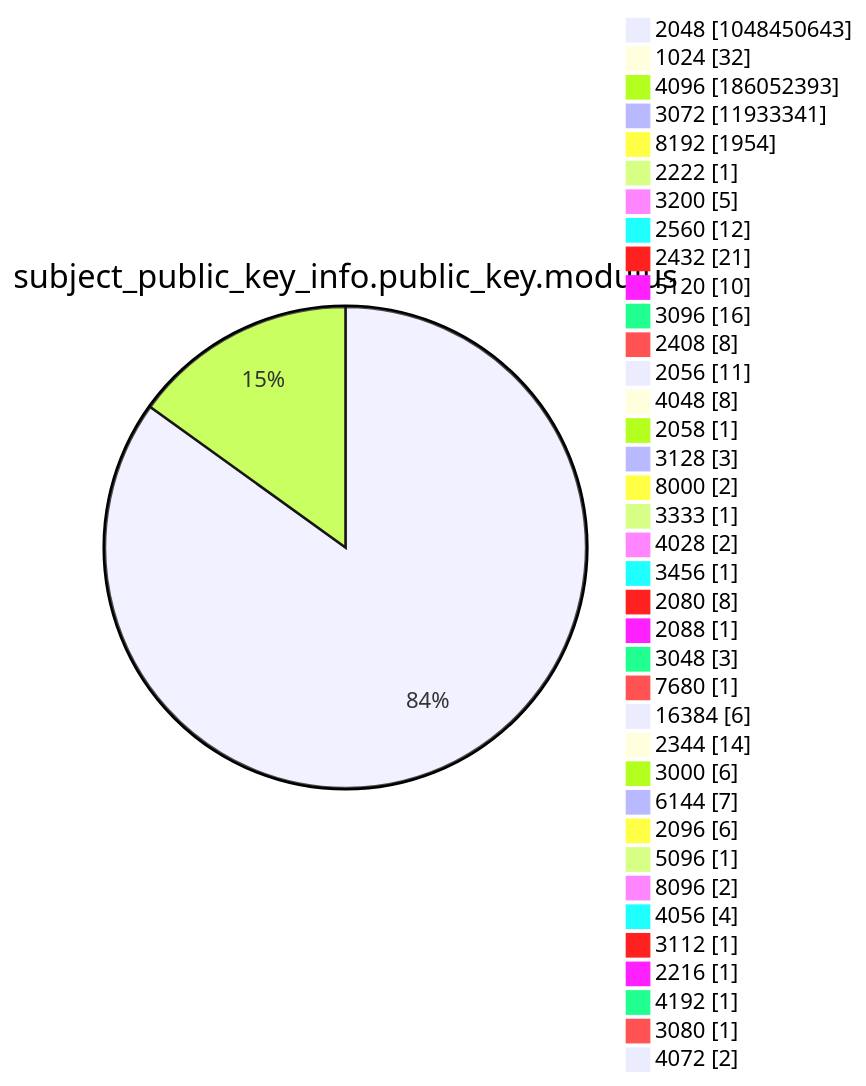
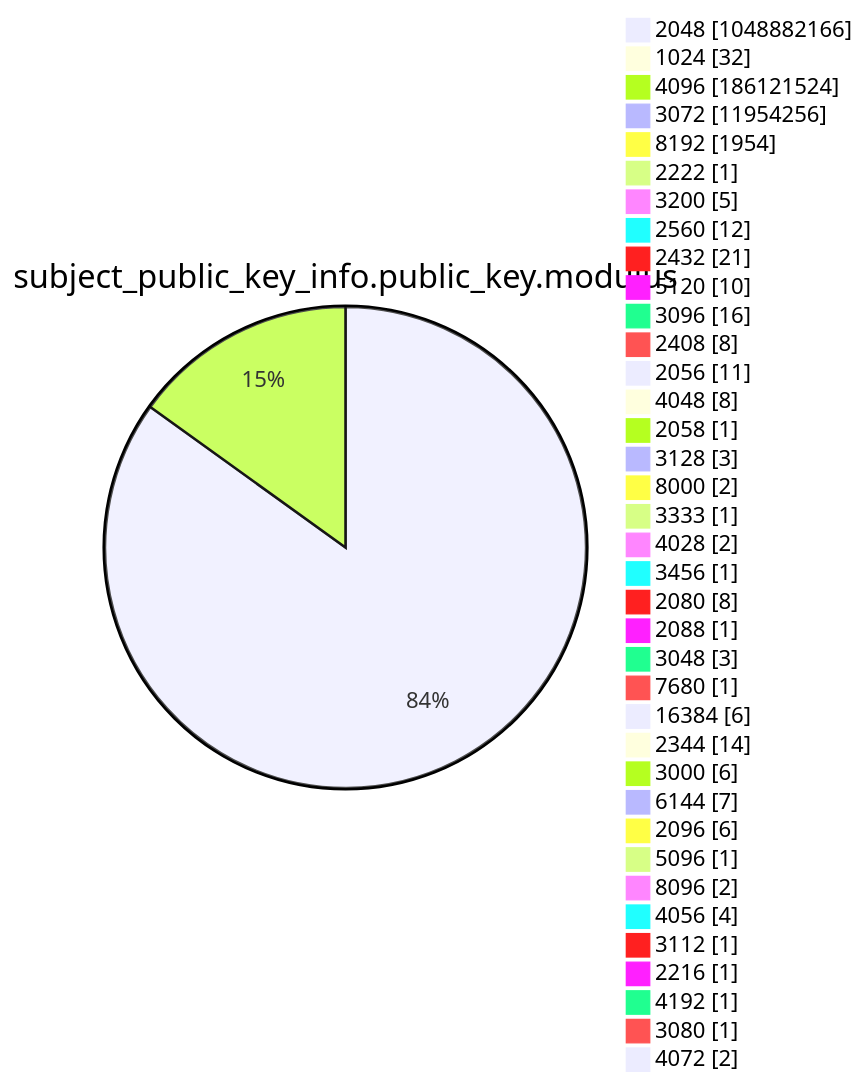
Before and after one commit to christiankrug/ctmonitor_visualization: diagram 13 of 15 in argon2022/README.md, drawn with Mermaid. The commit also changed other lines of this file, not shown here.

````diff
--- a/argon2022/README.md
+++ b/argon2022/README.md
@@ -3589,41 +3589,41 @@
 ```mermaid
 pie showData
 title subject_public_key_info.public_key.modulus
-"2048" :1048450643
+"2048" :1048882166
 "1024" :32
-"4096" :186052393
-"3072" :11933341
+"4096" :186121524
+"3072" :11954256
 "8192" :1954
 "2222" :1
 "3200" :5
 "2560" :12
 "2432" :21
 "5120" :10
 "3096" :16
 "2408" :8
 "2056" :11
 "4048" :8
 "2058" :1
 "3128" :3
 "8000" :2
 "3333" :1
 "4028" :2
 "3456" :1
 "2080" :8
 "2088" :1
 "3048" :3
 "7680" :1
 "16384" :6
 "2344" :14
 "3000" :6
 "6144" :7
 "2096" :6
 "5096" :1
 "8096" :2
 "4056" :4
 "3112" :1
 "2216" :1
 "4192" :1
 "3080" :1
 "4072" :2
 ```
````
